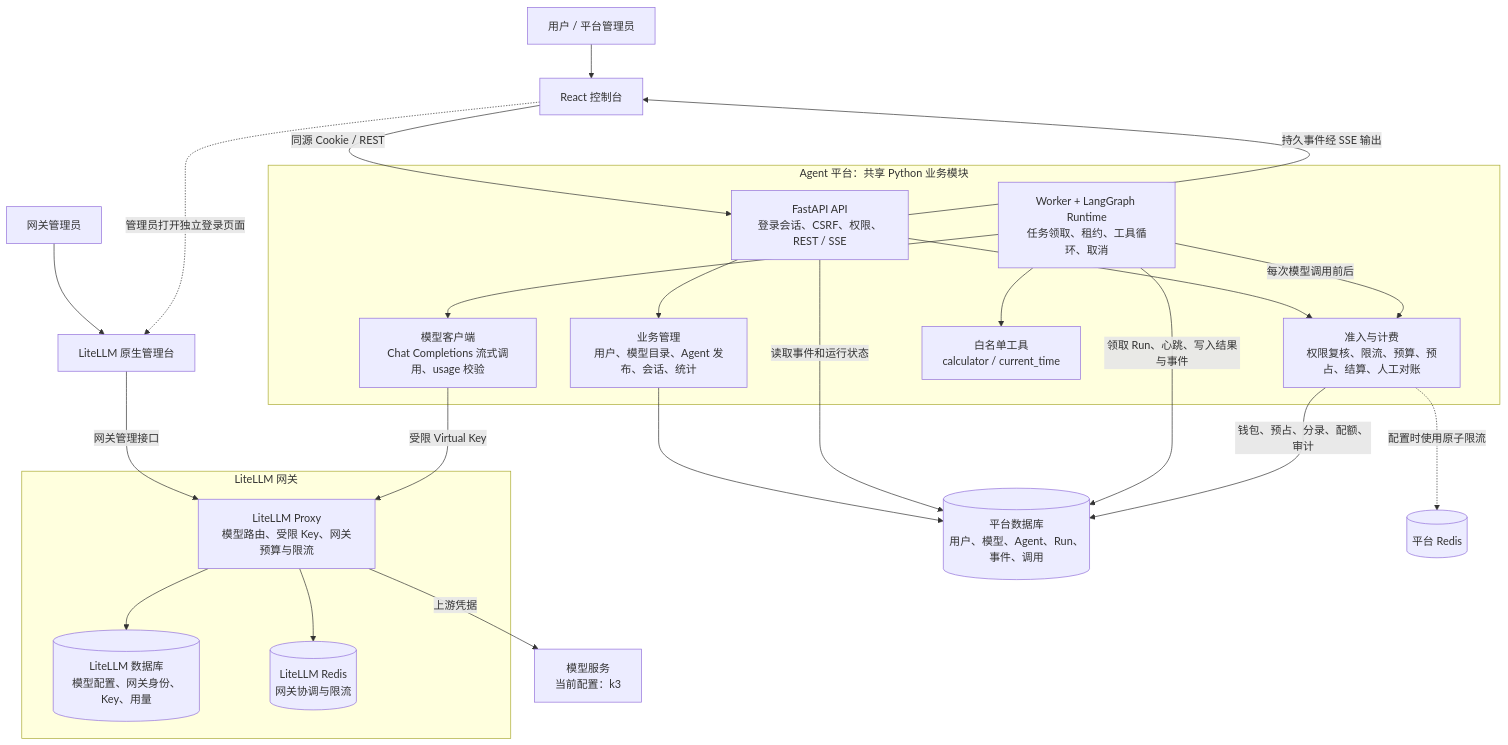
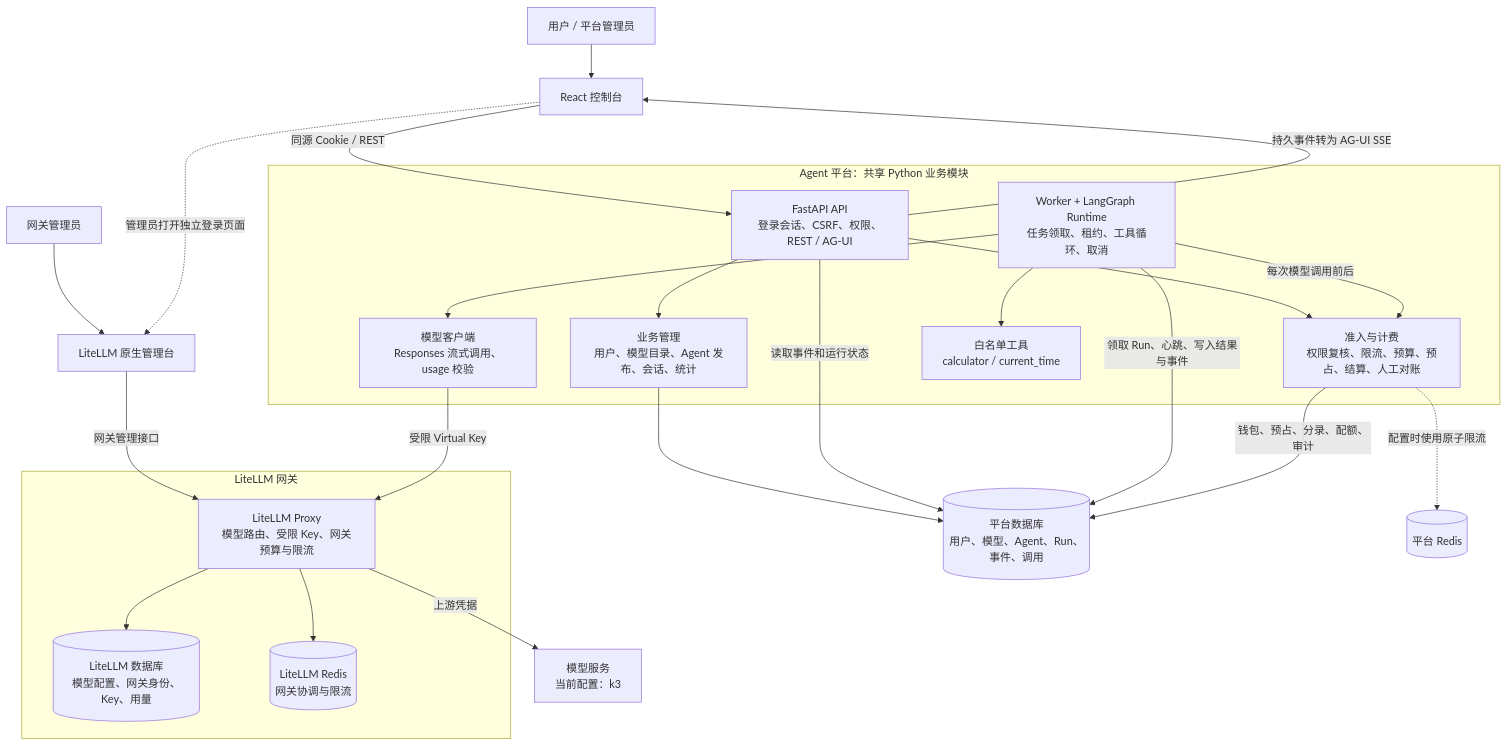
The first of 5 diagrams in agent_platform/docs/architecture-diagrams.md (GHjiejie/Z), drawn with Mermaid before and after one commit. The commit also changed other lines of this file and 54 other files, not shown here.

````diff
--- a/agent_platform/docs/architecture-diagrams.md
+++ b/agent_platform/docs/architecture-diagrams.md
@@ -13,39 +13,39 @@
 ```mermaid
 flowchart TB
     USER["用户 / 平台管理员"] --> WEB["React 控制台"]
     ADMIN["网关管理员"] --> UI["LiteLLM 原生管理台"]
     WEB -.->|管理员打开独立登录页面| UI
 
     subgraph PLATFORM["Agent 平台：共享 Python 业务模块"]
-        API["FastAPI API<br/>登录会话、CSRF、权限、REST / SSE"]
+        API["FastAPI API<br/>登录会话、CSRF、权限、REST / AG-UI"]
         BUSINESS["业务管理<br/>用户、模型目录、Agent 发布、会话、统计"]
         WORKER["Worker + LangGraph Runtime<br/>任务领取、租约、工具循环、取消"]
         BILLING["准入与计费<br/>权限复核、限流、预算、预占、结算、人工对账"]
-        CLIENT["模型客户端<br/>Chat Completions 流式调用、usage 校验"]
+        CLIENT["模型客户端<br/>Responses 流式调用、usage 校验"]
         TOOLS["白名单工具<br/>calculator / current_time"]
         API --> BUSINESS
         API --> BILLING
         WORKER -->|每次模型调用前后| BILLING
         WORKER --> CLIENT
         WORKER --> TOOLS
     end
 
     WEB -->|同源 Cookie / REST| API
-    API -->|持久事件经 SSE 输出| WEB
+    API -->|持久事件转为 AG-UI SSE| WEB
     BUSINESS --> DB[("平台数据库<br/>用户、模型、Agent、Run、事件、调用")]
     API -->|读取事件和运行状态| DB
     WORKER -->|领取 Run、心跳、写入结果与事件| DB
     BILLING -->|钱包、预占、分录、配额、审计| DB
     BILLING -.->|配置时使用原子限流| PR[("平台 Redis")]
 
     subgraph GATEWAY["LiteLLM 网关"]
         PROXY["LiteLLM Proxy<br/>模型路由、受限 Key、网关预算与限流"]
         GDB[("LiteLLM 数据库<br/>模型配置、网关身份、Key、用量")]
         GR[("LiteLLM Redis<br/>网关协调与限流")]
         PROXY --> GDB
         PROXY --> GR
     end
     UI -->|网关管理接口| PROXY
     CLIENT -->|受限 Virtual Key| PROXY
     PROXY -->|上游凭据| PROVIDER["模型服务<br/>当前配置：k3"]
 ```
````
